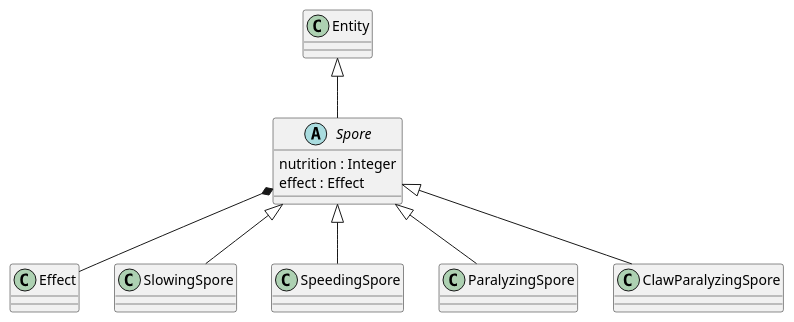
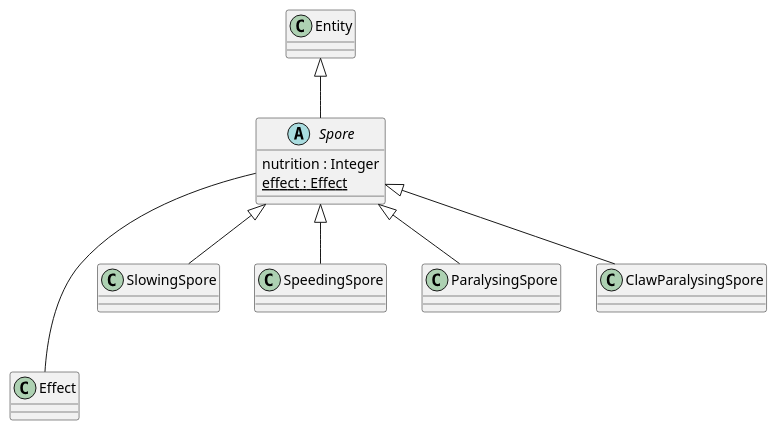
The diagram in 3/classes/spore.puml (Petya-G/fungorium), drawn with PlantUML before and after one commit. The commit also changed 1 other file, not shown here.

Commit message:
fixed typos, changed association of spore and effect

```diff
--- a/3/classes/spore.puml
+++ b/3/classes/spore.puml
@@ -1,26 +1,26 @@
 @startuml spore
 
 Entity <|-- Spore
-Spore *-- Effect
+Spore --- Effect
 
 abstract class Spore{
     nutrition : Integer
-    effect : Effect
+    {static} effect : Effect
 }
 
 Spore <|--SlowingSpore
 class SlowingSpore{
 }
 
 Spore <|--SpeedingSpore
 class SpeedingSpore{
 }
 
-Spore <|--ParalyzingSpore
-class ParalyzingSpore{
+Spore <|--ParalysingSpore
+class ParalysingSpore{
 }
 
-Spore <|--ClawParalyzingSpore
-class ClawParalyzingSpore{
+Spore <|--ClawParalysingSpore
+class ClawParalysingSpore{
 }
 @enduml	
```
